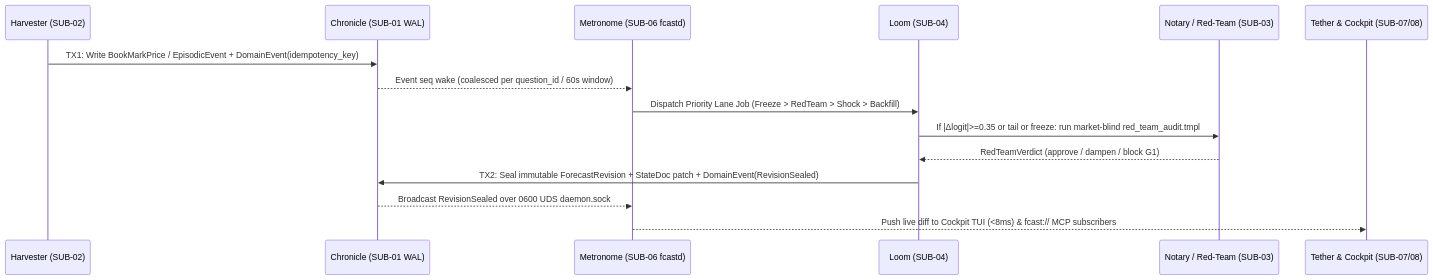
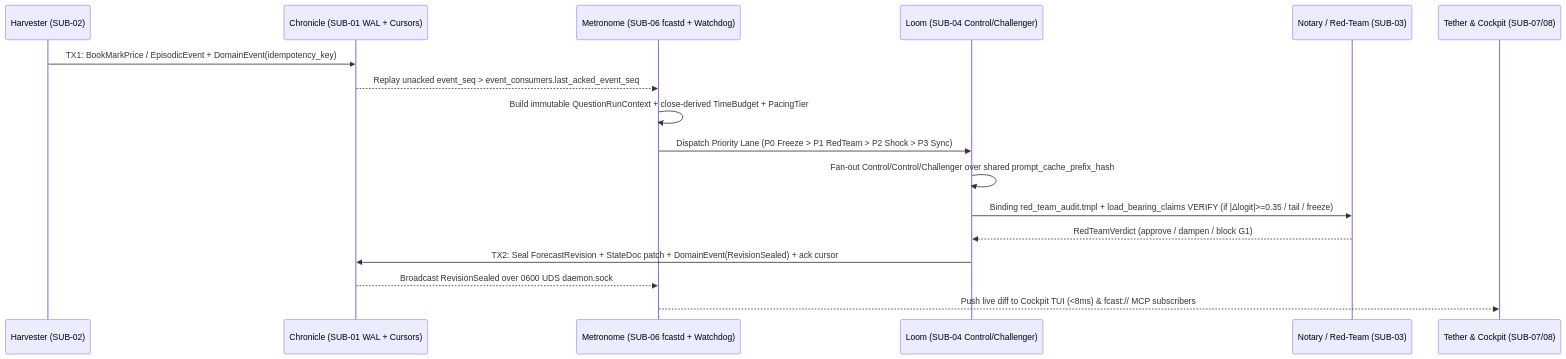
One commit to ndres/franken_forecast changed the third of 3 diagrams in COMPREHENSIVE_PLAN_FOR_FRANKEN_FORECAST.md. Above: the diagram before and after it, drawn with Mermaid. The commit also changed other lines of this file and 5 other files, not shown here.

````diff
--- a/COMPREHENSIVE_PLAN_FOR_FRANKEN_FORECAST.md
+++ b/COMPREHENSIVE_PLAN_FOR_FRANKEN_FORECAST.md
@@ -561,18 +578,20 @@
 ```mermaid
 sequenceDiagram
     participant H as Harvester (SUB-02)
-    participant C as Chronicle (SUB-01 WAL)
-    participant M as Metronome (SUB-06 fcastd)
-    participant L as Loom (SUB-04)
+    participant C as Chronicle (SUB-01 WAL + Cursors)
+    participant M as Metronome (SUB-06 fcastd + Watchdog)
+    participant L as Loom (SUB-04 Control/Challenger)
     participant N as Notary / Red-Team (SUB-03)
     participant T as Tether & Cockpit (SUB-07/08)
 
-    H->>C: TX1: Write BookMarkPrice / EpisodicEvent + DomainEvent(idempotency_key)
-    C-->>M: Event seq wake (coalesced per question_id / 60s window)
-    M->>L: Dispatch Priority Lane Job (Freeze > RedTeam > Shock > Backfill)
-    L->>N: If |Δlogit|>=0.35 or tail or freeze: run market-blind red_team_audit.tmpl
+    H->>C: TX1: BookMarkPrice / EpisodicEvent + DomainEvent(idempotency_key)
+    C-->>M: Replay unacked event_seq > event_consumers.last_acked_event_seq
+    M->>M: Build immutable QuestionRunContext + close-derived TimeBudget + PacingTier
+    M->>L: Dispatch Priority Lane (P0 Freeze > P1 RedTeam > P2 Shock > P3 Sync)
+    L->>L: Fan-out Control/Control/Challenger over shared prompt_cache_prefix_hash
+    L->>N: Binding red_team_audit.tmpl + load_bearing_claims VERIFY (if |Δlogit|>=0.35 / tail / freeze)
     N-->>L: RedTeamVerdict (approve / dampen / block G1)
-    L->>C: TX2: Seal immutable ForecastRevision + StateDoc patch + DomainEvent(RevisionSealed)
+    L->>C: TX2: Seal ForecastRevision + StateDoc patch + DomainEvent(RevisionSealed) + ack cursor
     C-->>M: Broadcast RevisionSealed over 0600 UDS daemon.sock
     M-->>T: Push live diff to Cockpit TUI (<8ms) & fcast:// MCP subscribers
 ```
````
